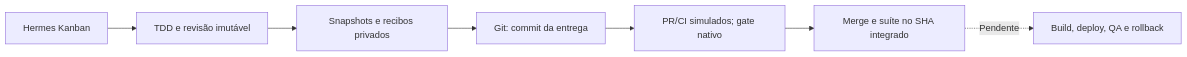
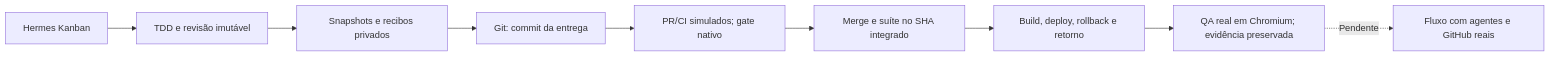
One commit to codifydeep/fabriquinha changed the first of 9 diagrams in README.md. Above: the diagram before and after it, drawn with Mermaid. The commit also changed other lines of this file and 27 other files, not shown here.

````diff
--- a/README.md
+++ b/README.md
@@ -21,9 +22,11 @@
 ```mermaid
 flowchart LR
     K[Hermes Kanban] --> T[TDD e revisão imutável]
     T --> S[Snapshots e recibos privados]
     S --> G[Git: commit da entrega]
     G --> P[PR/CI simulados; gate nativo]
     P --> M[Merge e suíte no SHA integrado]
-    M -. Pendente .-> D[Build, deploy, QA e rollback]
+    M --> D[Build, deploy, rollback e retorno]
+    D --> Q[QA real em Chromium; evidência preservada]
+    Q -. Pendente .-> A[Fluxo com agentes e GitHub reais]
 ```
````
